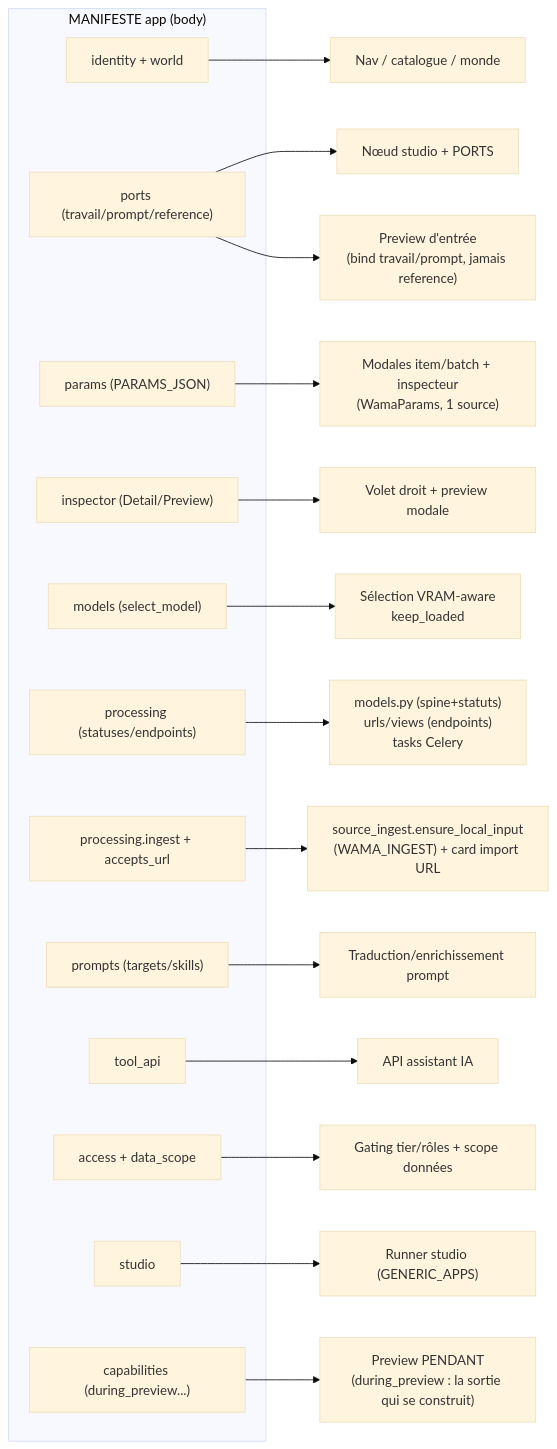
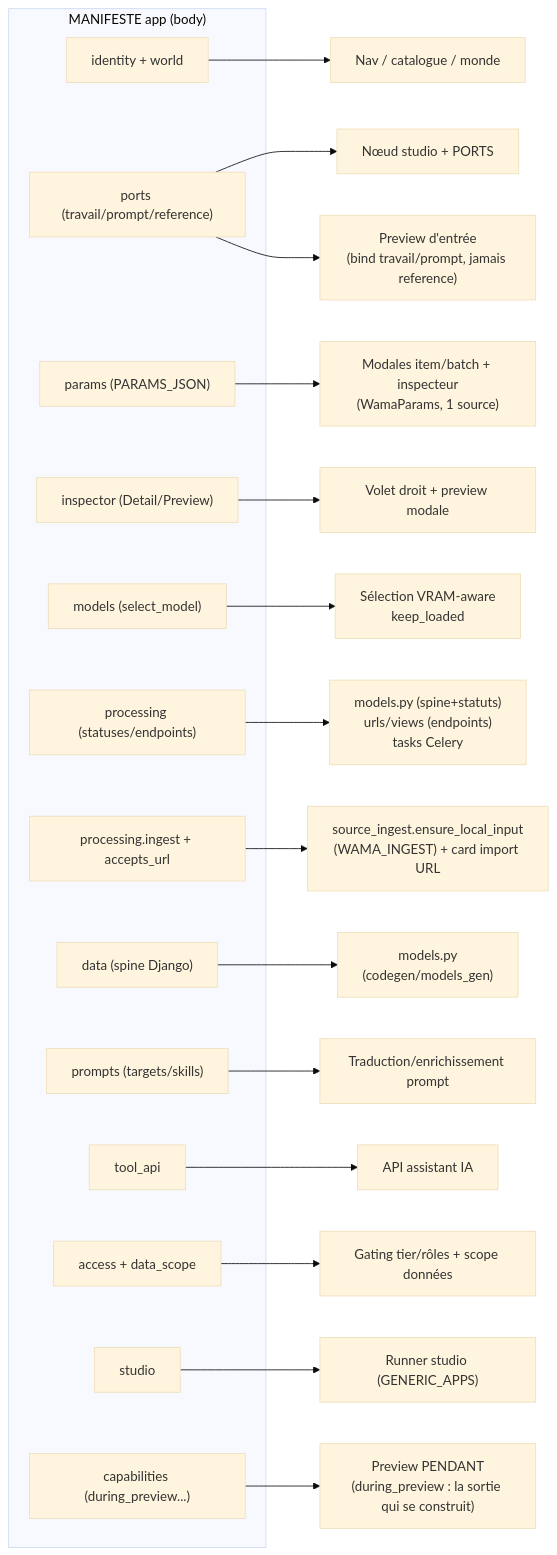
One commit to fmoreau69/wama changed the third of 5 diagrams in docs/construction/architecture/WAMA_MANIFEST_ARCHITECTURE.md. Above: the diagram before and after it, drawn with Mermaid (base theme). The commit also changed other lines of this file and 7 other files, not shown here.

````diff
--- a/docs/construction/architecture/WAMA_MANIFEST_ARCHITECTURE.md
+++ b/docs/construction/architecture/WAMA_MANIFEST_ARCHITECTURE.md
@@ -115,31 +115,33 @@
 ```mermaid
 flowchart LR
     subgraph MAN["MANIFESTE app (body)"]
         f1["identity + world"]
         f2["ports (travail/prompt/reference)"]
         f3["params (PARAMS_JSON)"]
         f3b["inspector (Detail/Preview)"]
         f4["models (select_model)"]
         f5["processing (statuses/endpoints)"]
         f5b["processing.ingest + accepts_url"]
+        f5c["data (spine Django)"]
         f6["prompts (targets/skills)"]
         f6b["tool_api"]
         f7["access + data_scope"]
         f8["studio"]
         f2c["capabilities (during_preview...)"]
     end
 
     f1 --> u1["Nav / catalogue / monde"]
     f2 --> u2["Nœud studio + PORTS"]
     f2 --> u2b["Preview d'entrée<br/>(bind travail/prompt, jamais reference)"]
     f2c --> u2c["Preview PENDANT<br/>(during_preview : la sortie qui se construit)"]
     f3 --> u3["Modales item/batch + inspecteur<br/>(WamaParams, 1 source)"]
     f3b --> u3b["Volet droit + preview modale"]
     f4 --> u4["Sélection VRAM-aware<br/>keep_loaded"]
     f5 --> u5["models.py (spine+statuts)<br/>urls/views (endpoints)<br/>tasks Celery"]
     f5b --> u5b["source_ingest.ensure_local_input<br/>(WAMA_INGEST) + card import URL"]
+    f5c --> u5c["models.py<br/>(codegen/models_gen)"]
     f6 --> u6["Traduction/enrichissement prompt"]
     f6b --> u6b["API assistant IA"]
     f7 --> u7["Gating tier/rôles + scope données"]
     f8 --> u8["Runner studio (GENERIC_APPS)"]
 ```
````
